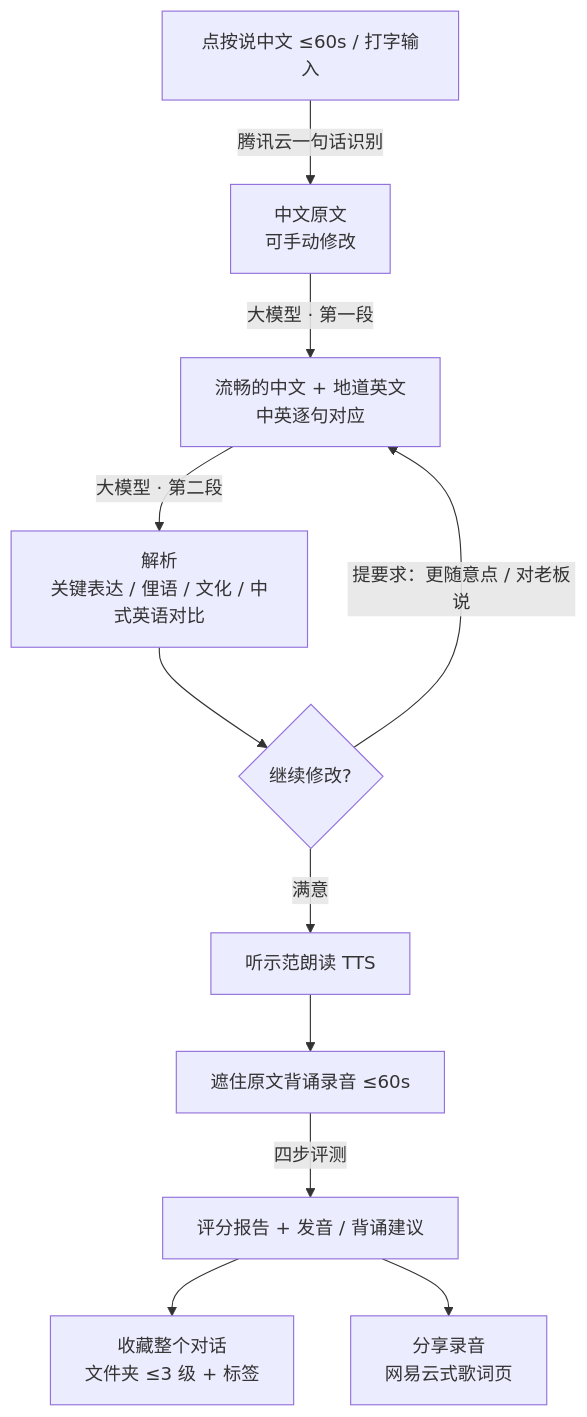
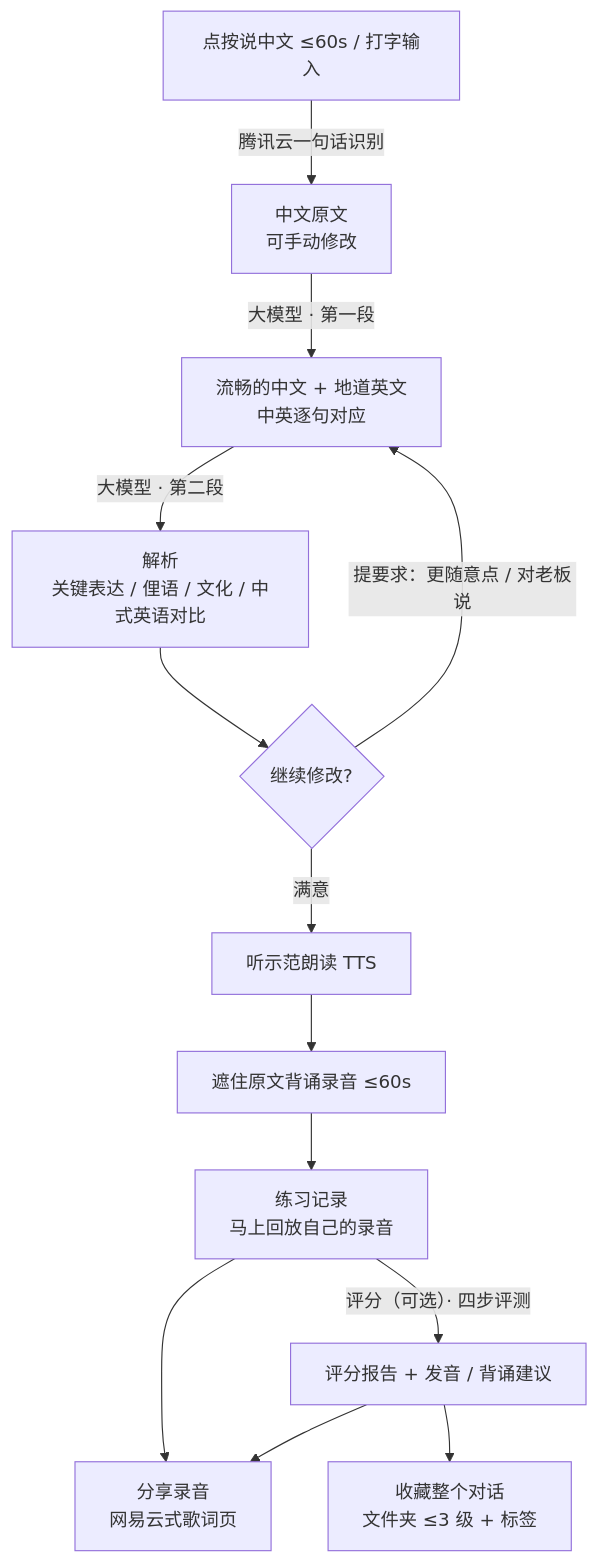
One commit to frankie137/solvane changed the first of 2 diagrams in README.md. Above: the diagram before and after it, drawn with Mermaid. The commit also changed other lines of this file and 26 other files, not shown here.

````diff
--- a/README.md
+++ b/README.md
@@ -32,13 +32,15 @@
 ```mermaid
 flowchart TD
     A[点按说中文 ≤60s / 打字输入] -->|腾讯云一句话识别| B[中文原文<br/>可手动修改]
     B -->|大模型 · 第一段| C[流畅的中文 + 地道英文<br/>中英逐句对应]
     C -->|大模型 · 第二段| D[解析<br/>关键表达 / 俚语 / 文化 / 中式英语对比]
     D --> E{继续修改?}
     E -->|"提要求：更随意点 / 对老板说"| C
     E -->|满意| F[听示范朗读 TTS]
     F --> G[遮住原文背诵录音 ≤60s]
-    G -->|四步评测| H[评分报告 + 发音 / 背诵建议]
+    G --> R[练习记录<br/>马上回放自己的录音]
+    R -->|"评分（可选）· 四步评测"| H[评分报告 + 发音 / 背诵建议]
+    R --> J[分享录音<br/>网易云式歌词页]
+    H --> J
     H --> I[收藏整个对话<br/>文件夹 ≤3 级 + 标签]
-    H --> J[分享录音<br/>网易云式歌词页]
 ```
````
